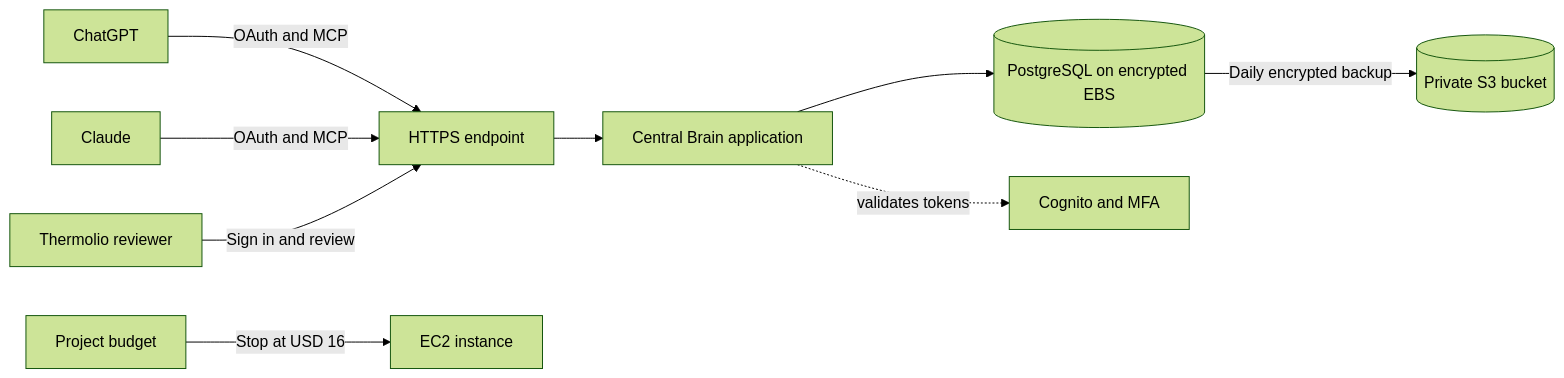
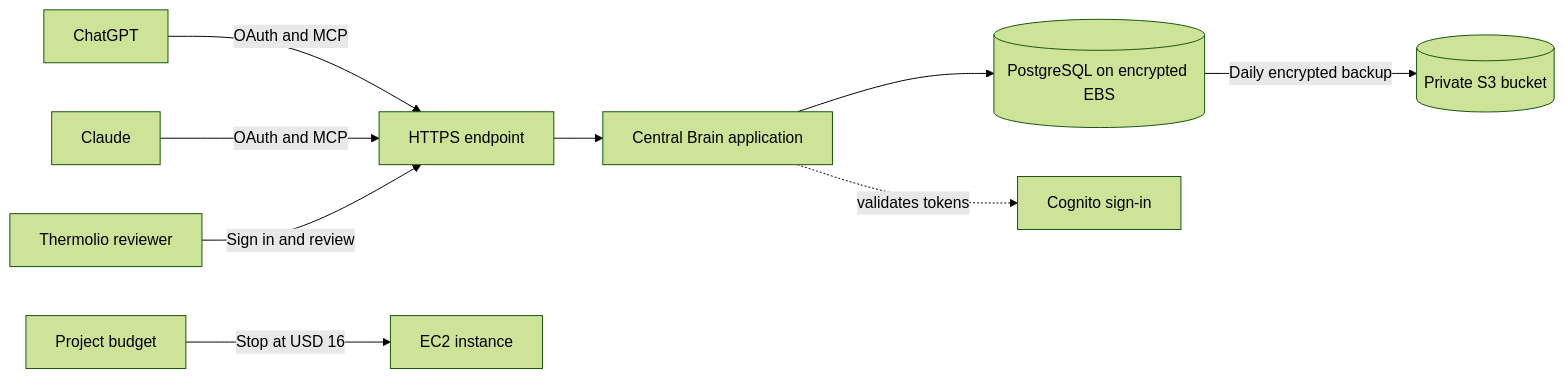
Before and after one commit to ahnafhabibkhan/centralBrainThermolio: the diagram in docs/aws-pilot-live.md, drawn with Mermaid (forest theme). The commit also changed other lines of this file and 2 other files, not shown here.

Commit message:
Disable Central Brain MFA and document password-only sign-in

````diff
--- a/docs/aws-pilot-live.md
+++ b/docs/aws-pilot-live.md
@@ -26,11 +26,11 @@
 ```mermaid
 flowchart LR
     C[ChatGPT] -->|OAuth and MCP| H[HTTPS endpoint]
     A[Claude] -->|OAuth and MCP| H
     U[Thermolio reviewer] -->|Sign in and review| H
     H --> W[Central Brain application]
     W --> D[(PostgreSQL on encrypted EBS)]
-    W -. validates tokens .-> I[Cognito and MFA]
+    W -. validates tokens .-> I[Cognito sign-in]
     D -->|Daily encrypted backup| S[(Private S3 bucket)]
     B[Project budget] -->|Stop at USD 16| E[EC2 instance]
 ```
````
